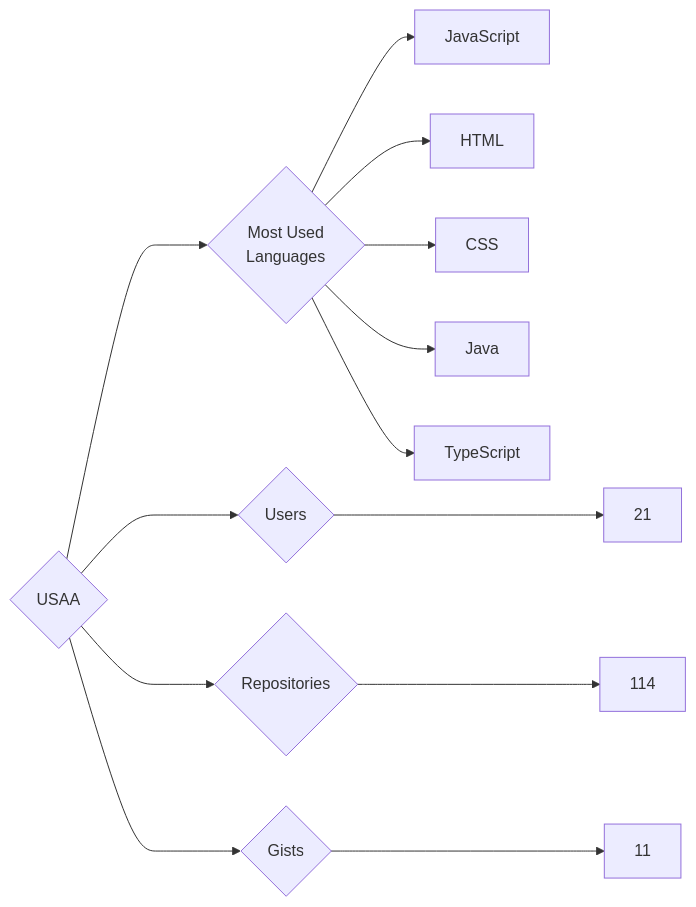
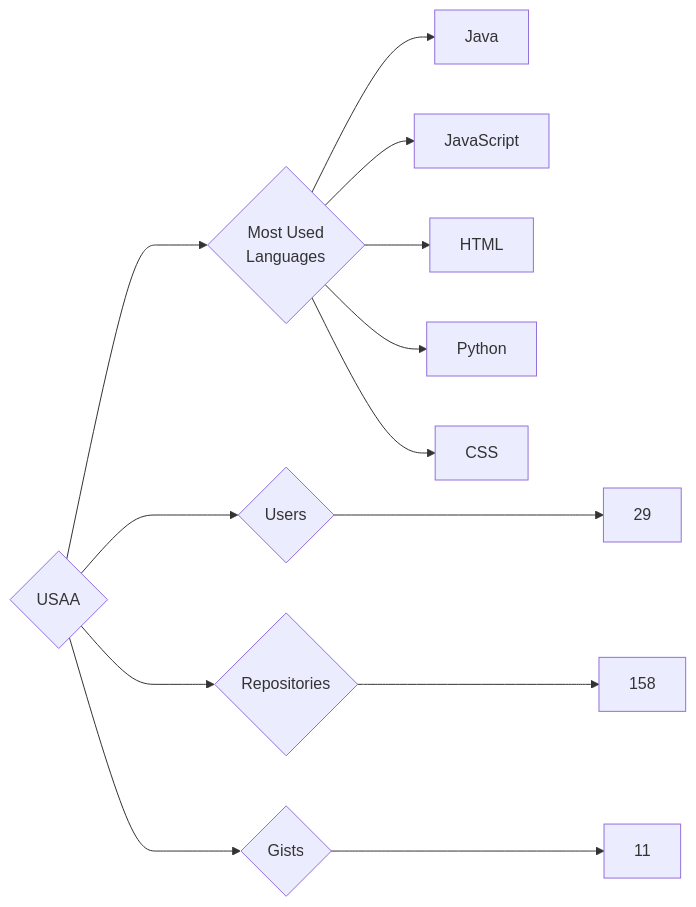
The diagram in targets/USAA/README.md (trickest/insiders), drawn with Mermaid before and after one commit. The commit also changed 682 other files, not shown here.

````diff
--- a/targets/USAA/README.md
+++ b/targets/USAA/README.md
@@ -3,13 +3,13 @@
 ```mermaid
 graph LR
 COMPANY_NAME{USAA}
-COMPANY_NAME ---> U{Users} ---> UN[21]
-COMPANY_NAME ---> R{Repositories} ---> RN[114]
+COMPANY_NAME ---> U{Users} ---> UN[29]
+COMPANY_NAME ---> R{Repositories} ---> RN[158]
 COMPANY_NAME ---> G{Gists} ---> GN[11]
 COMPANY_NAME ---> ML{Most Used<br>Languages}
+ML --> Java[Java]
 ML --> JavaScript[JavaScript]
 ML --> HTML[HTML]
+ML --> Python[Python]
 ML --> CSS[CSS]
-ML --> Java[Java]
-ML --> TypeScript[TypeScript]
 ```
````
